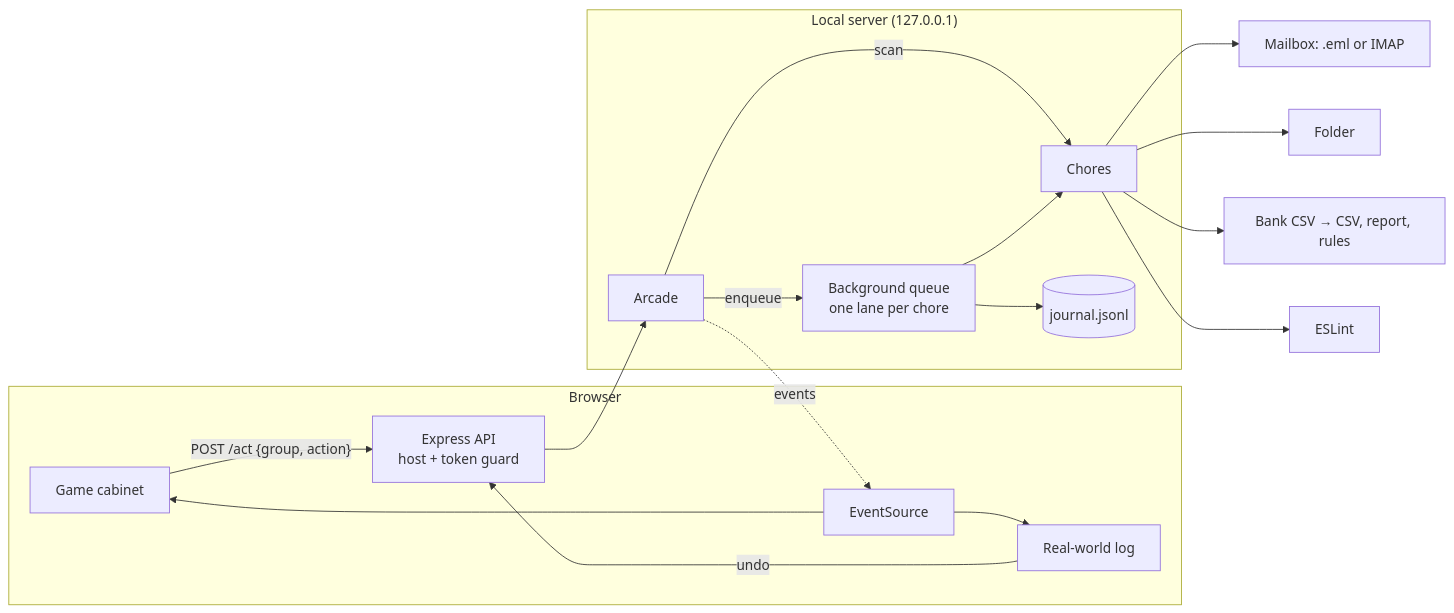
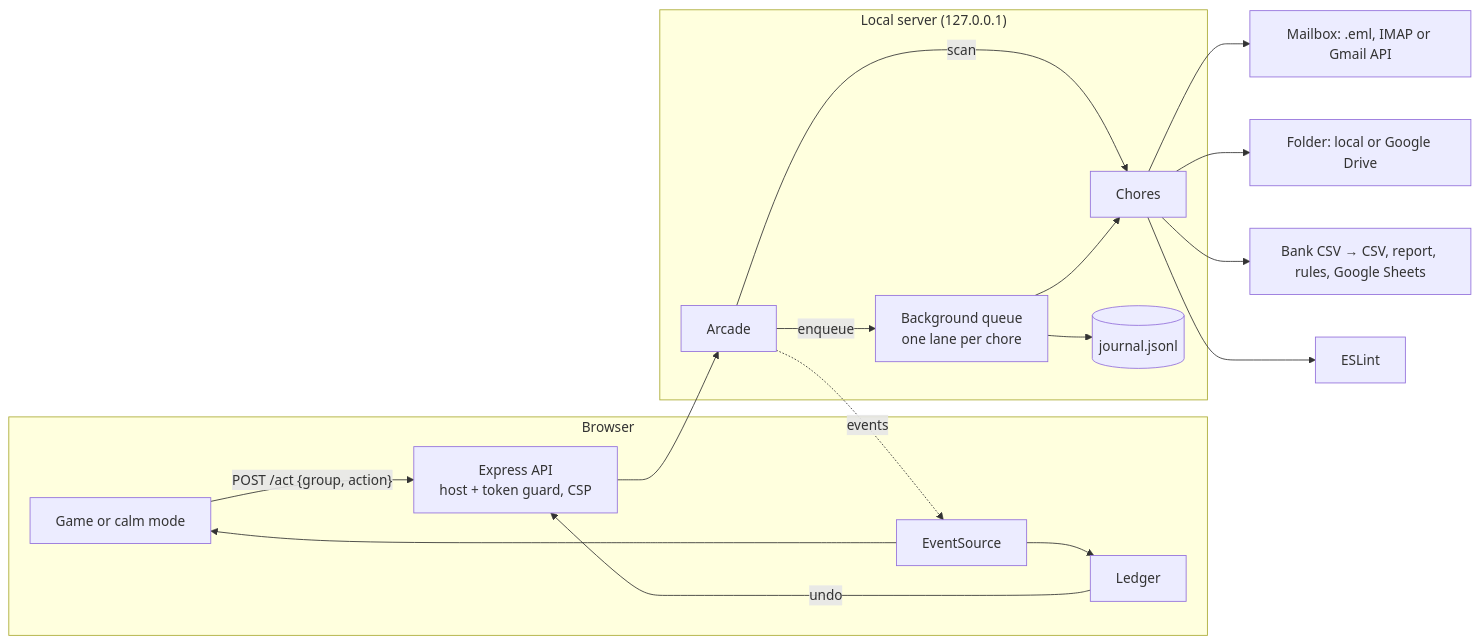
One commit to hackathonwinner69-tech/SATA-FOR-WIN changed the diagram in README.md. Above: the diagram before and after it, drawn with Mermaid. The commit also changed other lines of this file, not shown here.

Commit message:
docs: README for the new games, Google services, accessibility and judging criteria

````diff
--- a/README.md
+++ b/README.md
@@ -104,20 +134,20 @@
 ```mermaid
 flowchart LR
   subgraph Browser
-    G[Game cabinet] -- "POST /act {group, action}" --> API
-    L[Real-world log] -- undo --> API
+    G[Game or calm mode] -- "POST /act {group, action}" --> API
+    L[Ledger] -- undo --> API
     ES[EventSource] --> G & L
   end
   subgraph "Local server (127.0.0.1)"
-    API[Express API<br/>host + token guard] --> A[Arcade]
+    API[Express API<br/>host + token guard, CSP] --> A[Arcade]
     A -- scan --> C[Chores]
     A -- enqueue --> Q[Background queue<br/>one lane per chore]
     Q --> C
     Q --> J[(journal.jsonl)]
     A -. events .-> ES
   end
-  C --> M[Mailbox: .eml or IMAP]
-  C --> F[Folder]
-  C --> X[Bank CSV → CSV, report, rules]
+  C --> M[Mailbox: .eml, IMAP or Gmail API]
+  C --> F[Folder: local or Google Drive]
+  C --> X[Bank CSV → CSV, report, rules, Google Sheets]
   C --> E[ESLint]
 ```
````
